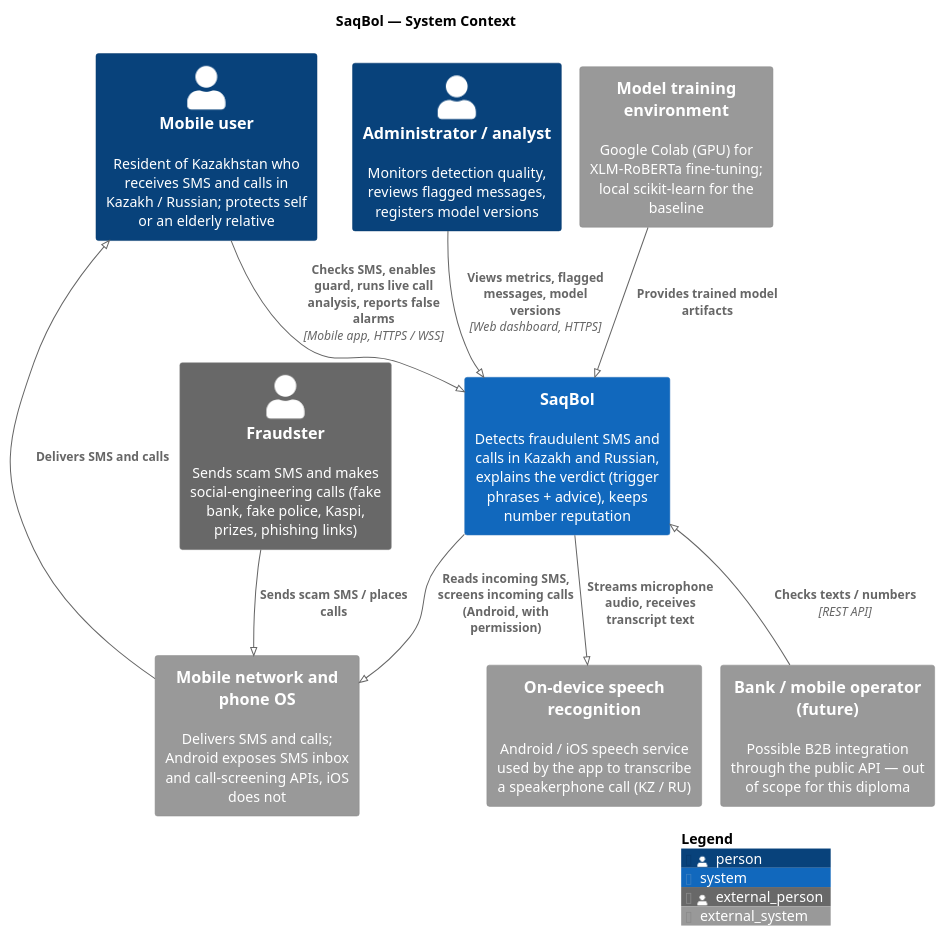
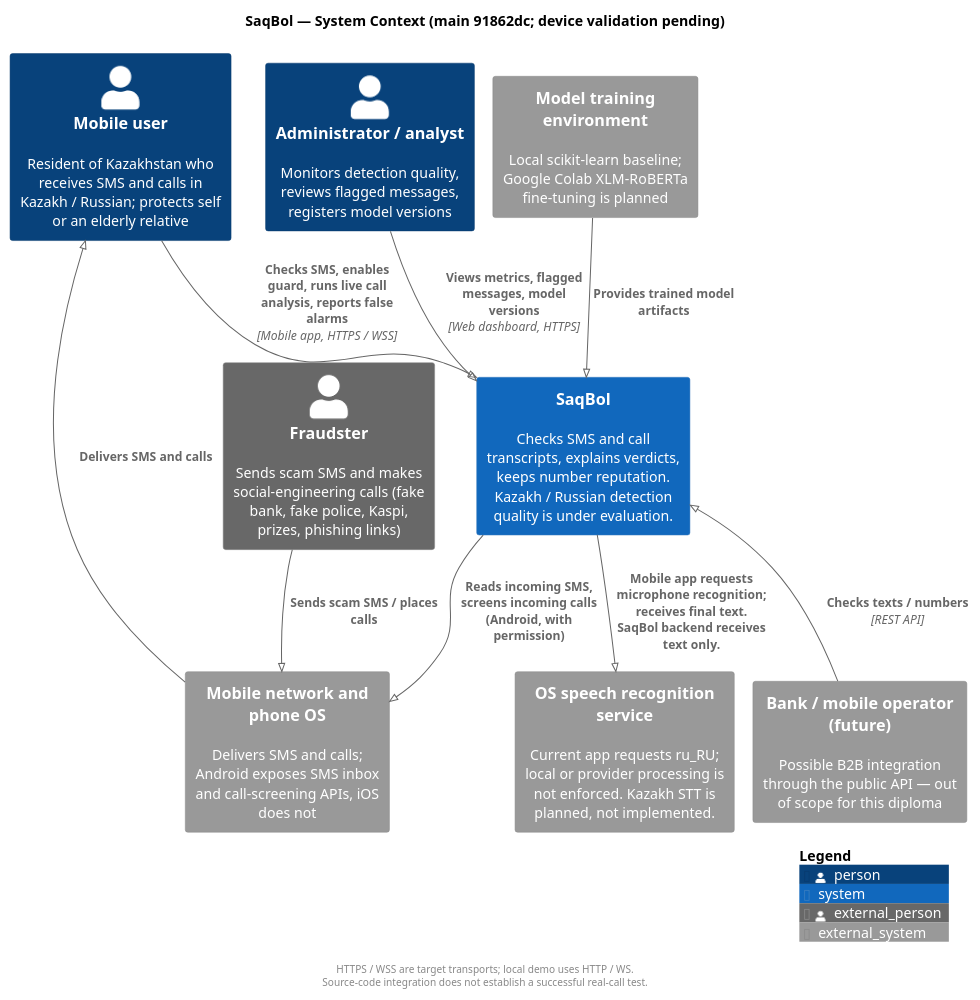
Before and after one commit to DanialMyrzatayevMuratovich/saqbol: the diagram in diagrams/src/01-system-context.puml, drawn with PlantUML. The commit also changed 26 other files, not shown here.

```diff
--- a/diagrams/src/01-system-context.puml
+++ b/diagrams/src/01-system-context.puml
@@ -1,31 +1,35 @@
 @startuml system-context
 ' SaqBol — System Context diagram (C4 level 1)
 ' Render: java -jar plantuml.jar -tsvg diagrams/src/*.puml -o ../export
 !pragma layout smetana
 !include <C4/C4_Context>
 
 LAYOUT_TOP_DOWN()
-title SaqBol — System Context
+title SaqBol — System Context (main 91862dc; device validation pending)
 
 Person(user, "Mobile user", "Resident of Kazakhstan who receives SMS and calls in Kazakh / Russian; protects self or an elderly relative")
 Person(admin, "Administrator / analyst", "Monitors detection quality, reviews flagged messages, registers model versions")
 Person_Ext(fraudster, "Fraudster", "Sends scam SMS and makes social-engineering calls (fake bank, fake police, Kaspi, prizes, phishing links)")
 
-System(saqbol, "SaqBol", "Detects fraudulent SMS and calls in Kazakh and Russian, explains the verdict (trigger phrases + advice), keeps number reputation")
+System(saqbol, "SaqBol", "Checks SMS and call transcripts, explains verdicts, keeps number reputation. Kazakh / Russian detection quality is under evaluation.")
 
 System_Ext(telecom, "Mobile network and phone OS", "Delivers SMS and calls; Android exposes SMS inbox and call-screening APIs, iOS does not")
-System_Ext(stt, "On-device speech recognition", "Android / iOS speech service used by the app to transcribe a speakerphone call (KZ / RU)")
-System_Ext(training, "Model training environment", "Google Colab (GPU) for XLM-RoBERTa fine-tuning; local scikit-learn for the baseline")
+System_Ext(stt, "OS speech recognition service", "Current app requests ru_RU; local or provider processing is not enforced. Kazakh STT is planned, not implemented.")
+System_Ext(training, "Model training environment", "Local scikit-learn baseline; Google Colab XLM-RoBERTa fine-tuning is planned")
 System_Ext(b2b, "Bank / mobile operator (future)", "Possible B2B integration through the public API — out of scope for this diploma")
 
 Rel(fraudster, telecom, "Sends scam SMS / places calls")
 Rel(telecom, user, "Delivers SMS and calls")
 Rel(user, saqbol, "Checks SMS, enables guard, runs live call analysis, reports false alarms", "Mobile app, HTTPS / WSS")
 Rel(admin, saqbol, "Views metrics, flagged messages, model versions", "Web dashboard, HTTPS")
 Rel(saqbol, telecom, "Reads incoming SMS, screens incoming calls (Android, with permission)")
-Rel(saqbol, stt, "Streams microphone audio, receives transcript text")
+Rel(saqbol, stt, "Mobile app requests microphone recognition; receives final text. SaqBol backend receives text only.")
 Rel(training, saqbol, "Provides trained model artifacts")
 Rel_U(b2b, saqbol, "Checks texts / numbers", "REST API")
 
 SHOW_LEGEND()
+footer
+  HTTPS / WSS are target transports; local demo uses HTTP / WS.
+  Source-code integration does not establish a successful real-call test.
+endfooter
 @enduml
```
